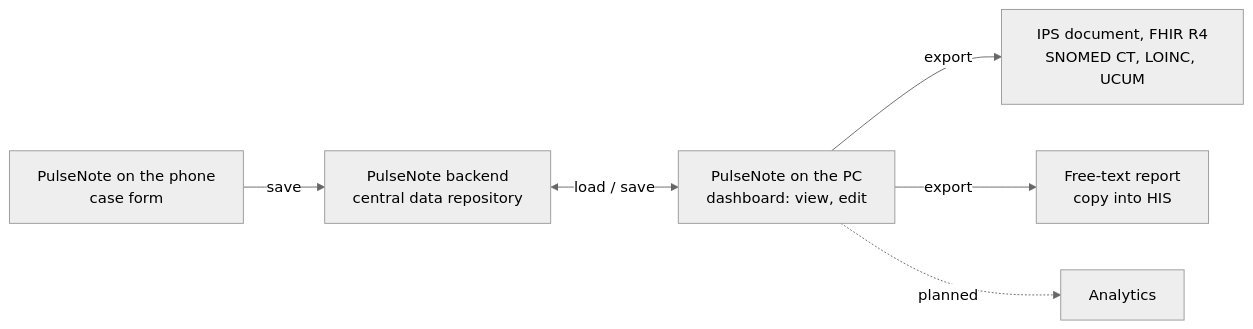
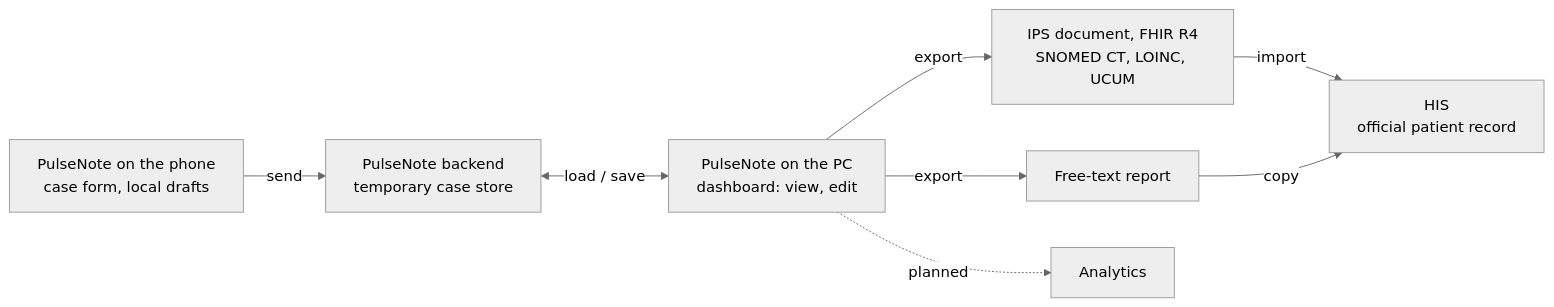
One commit to christophriepe/pulsenote changed the diagram in README.md. Above: the diagram before and after it, drawn with Mermaid (neutral theme). The commit also changed other lines of this file and 4 other files, not shown here.

First line of the commit message:
Document HIS hand-over, on-premise hosting and offline drafts

````diff
--- a/README.md
+++ b/README.md
@@ -25,8 +28,10 @@
 ```mermaid
 flowchart LR
-    A[PulseNote on the phone<br/>case form] -- save --> B[PulseNote backend<br/>central data repository]
+    A[PulseNote on the phone<br/>case form, local drafts] -- send --> B[PulseNote backend<br/>temporary case store]
     B <-- load / save --> E[PulseNote on the PC<br/>dashboard: view, edit]
     E -- export --> C[IPS document, FHIR R4<br/>SNOMED CT, LOINC, UCUM]
-    E -- export --> D[Free-text report<br/>copy into HIS]
+    E -- export --> D[Free-text report]
+    C -- import --> H[HIS<br/>official patient record]
+    D -- copy --> H
     E -. planned .-> F[Analytics]
 ```
````
